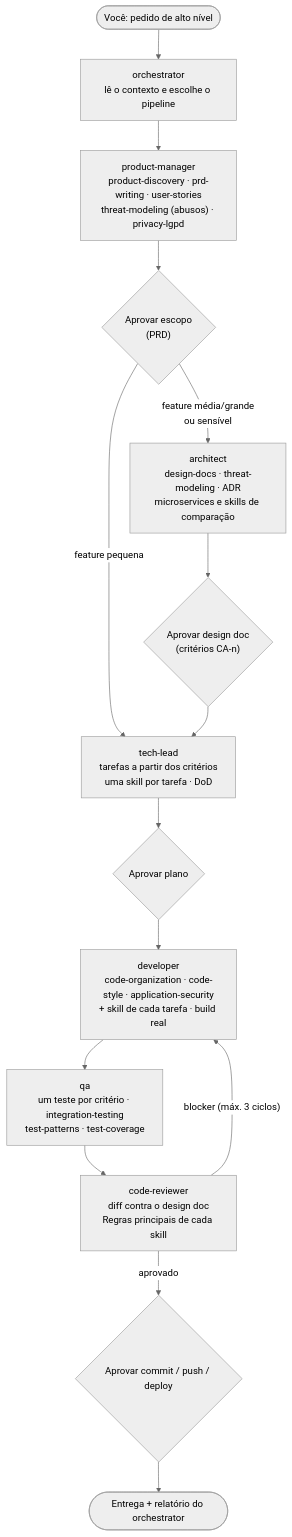
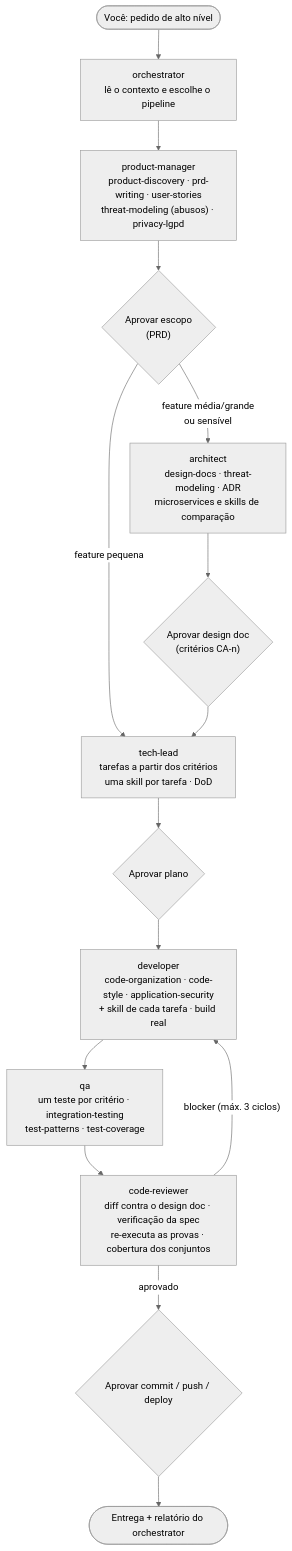
The diagram in docs/guide.md (edimilsonldutra/spring-boot-core), drawn with Mermaid (neutral theme) before and after one commit. The commit also changed other lines of this file and 13 other files, not shown here.

First line of the commit message:
Cobertura dos conjuntos, prova por critério e verificação independente (2.4.0)

````diff
--- a/docs/guide.md
+++ b/docs/guide.md
@@ -159,17 +159,17 @@
 ```mermaid
 flowchart TD
     U(["Você: pedido de alto nível"]) --> O["orchestrator<br/>lê o contexto e escolhe o pipeline"]
     O --> PM["product-manager<br/>product-discovery · prd-writing · user-stories<br/>threat-modeling (abusos) · privacy-lgpd"]
     PM --> G1{"Aprovar escopo<br/>(PRD)"}
     G1 -->|"feature média/grande<br/>ou sensível"| AR["architect<br/>design-docs · threat-modeling · ADR<br/>microservices e skills de comparação"]
     G1 -->|"feature pequena"| TL
     AR --> G2{"Aprovar design doc<br/>(critérios CA-n)"}
     G2 --> TL["tech-lead<br/>tarefas a partir dos critérios<br/>uma skill por tarefa · DoD"]
     TL --> G3{"Aprovar plano"}
     G3 --> DEV["developer<br/>code-organization · code-style · application-security<br/>+ skill de cada tarefa · build real"]
     DEV --> QA["qa<br/>um teste por critério · integration-testing<br/>test-patterns · test-coverage"]
-    QA --> CR["code-reviewer<br/>diff contra o design doc<br/>Regras principais de cada skill"]
+    QA --> CR["code-reviewer<br/>diff contra o design doc · verificação da spec<br/>re-executa as provas · cobertura dos conjuntos"]
     CR -->|"blocker (máx. 3 ciclos)"| DEV
     CR -->|"aprovado"| G4{"Aprovar commit / push / deploy"}
     G4 --> FIM(["Entrega + relatório do orchestrator"])
 ```
````
